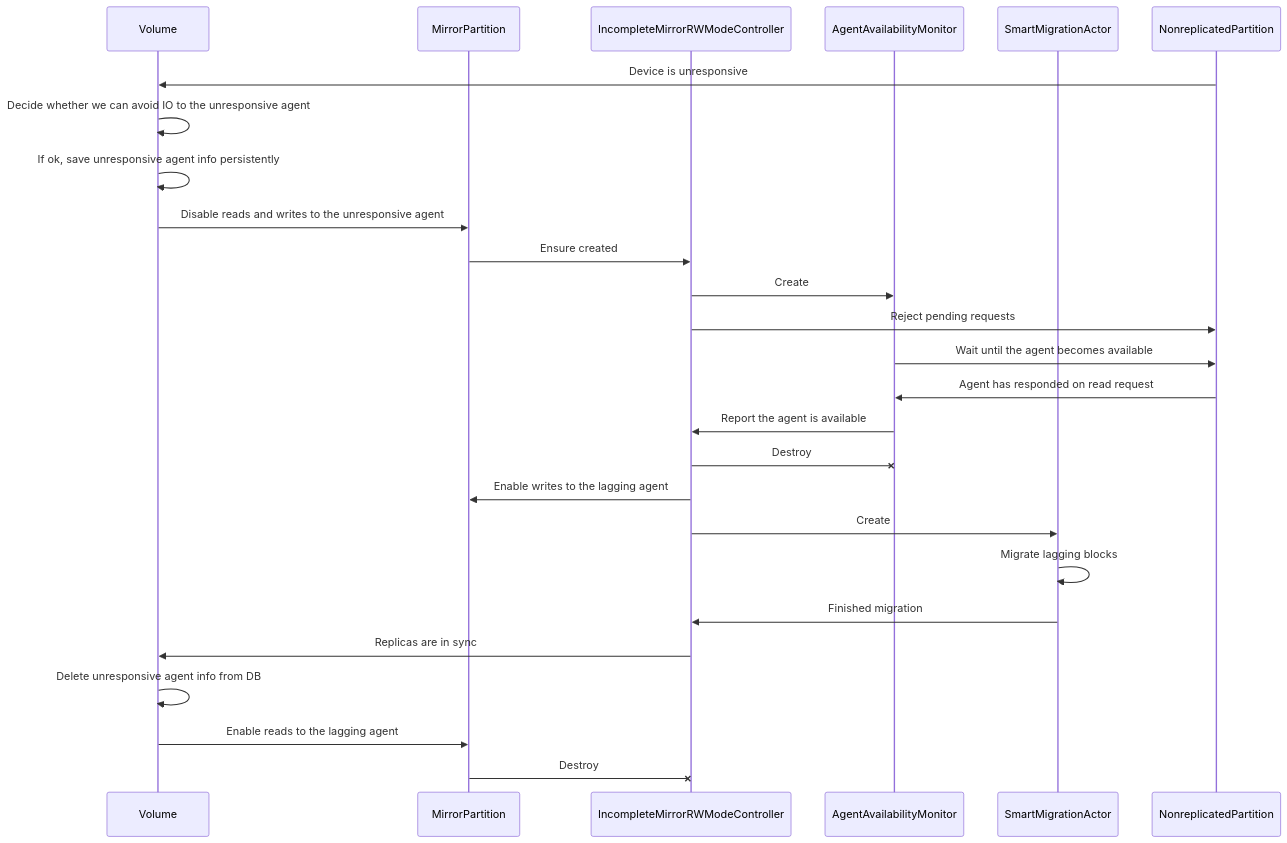
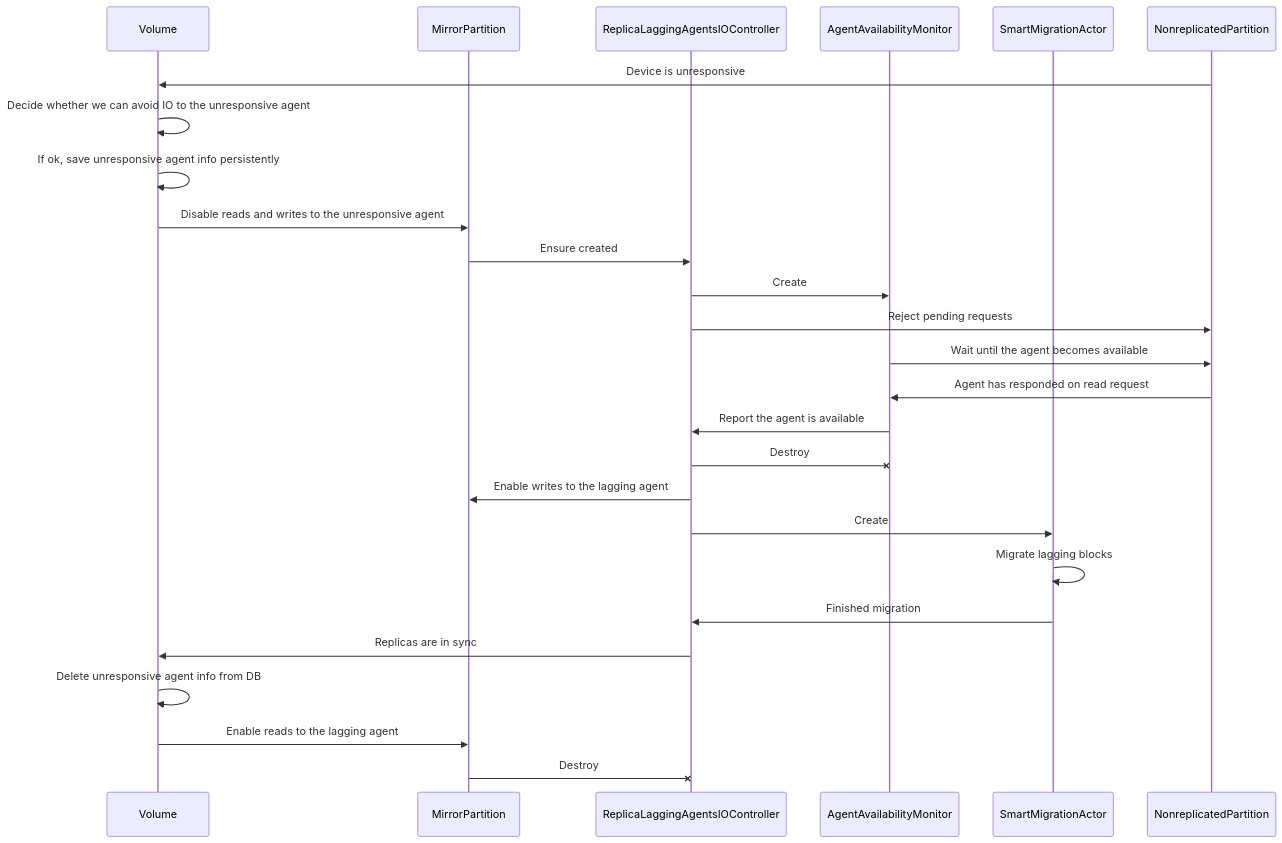
The second of 2 diagrams in doc/blockstore/storage/dynamic_io_mirroring_proposal.md (ydb-platform/nbs), drawn with Mermaid before and after one commit. The commit also changed other lines of this file and 90 other files, not shown here.

````diff
--- a/doc/blockstore/storage/dynamic_io_mirroring_proposal.md
+++ b/doc/blockstore/storage/dynamic_io_mirroring_proposal.md
@@ -100,29 +100,29 @@
 ```mermaid
 sequenceDiagram
     participant Volume
     participant MirrorPartition
-    participant IncompleteMirrorRWModeController
+    participant ReplicaLaggingAgentsIOController
     participant AgentAvailabilityMonitor
     participant SmartMigrationActor
     participant NonreplicatedPartition
 
     NonreplicatedPartition ->> Volume: Device is unresponsive
     Volume ->> Volume: Decide whether we can avoid IO to the unresponsive agent
     Volume ->> Volume: If ok, save unresponsive agent info persistently
     Volume ->> MirrorPartition: Disable reads and writes to the unresponsive agent
-    MirrorPartition ->> IncompleteMirrorRWModeController: Ensure created
-    IncompleteMirrorRWModeController ->> AgentAvailabilityMonitor: Create
-    IncompleteMirrorRWModeController ->> NonreplicatedPartition: Reject pending requests
+    MirrorPartition ->> ReplicaLaggingAgentsIOController: Ensure created
+    ReplicaLaggingAgentsIOController ->> AgentAvailabilityMonitor: Create
+    ReplicaLaggingAgentsIOController ->> NonreplicatedPartition: Reject pending requests
     AgentAvailabilityMonitor ->> NonreplicatedPartition: Wait until the agent becomes available
     NonreplicatedPartition ->> AgentAvailabilityMonitor: Agent has responded on read request
-    AgentAvailabilityMonitor ->> IncompleteMirrorRWModeController: Report the agent is available
-    IncompleteMirrorRWModeController -x AgentAvailabilityMonitor: Destroy
-    IncompleteMirrorRWModeController ->> MirrorPartition: Enable writes to the lagging agent
-    IncompleteMirrorRWModeController ->> SmartMigrationActor: Create
+    AgentAvailabilityMonitor ->> ReplicaLaggingAgentsIOController: Report the agent is available
+    ReplicaLaggingAgentsIOController -x AgentAvailabilityMonitor: Destroy
+    ReplicaLaggingAgentsIOController ->> MirrorPartition: Enable writes to the lagging agent
+    ReplicaLaggingAgentsIOController ->> SmartMigrationActor: Create
     SmartMigrationActor ->> SmartMigrationActor: Migrate lagging blocks
-    SmartMigrationActor ->> IncompleteMirrorRWModeController: Finished migration
-    IncompleteMirrorRWModeController ->> Volume: Replicas are in sync
+    SmartMigrationActor ->> ReplicaLaggingAgentsIOController: Finished migration
+    ReplicaLaggingAgentsIOController ->> Volume: Replicas are in sync
     Volume ->> Volume: Delete unresponsive agent info from DB
     Volume ->> MirrorPartition: Enable reads to the lagging agent
-    MirrorPartition -x IncompleteMirrorRWModeController: Destroy
+    MirrorPartition -x ReplicaLaggingAgentsIOController: Destroy
 ```
````
